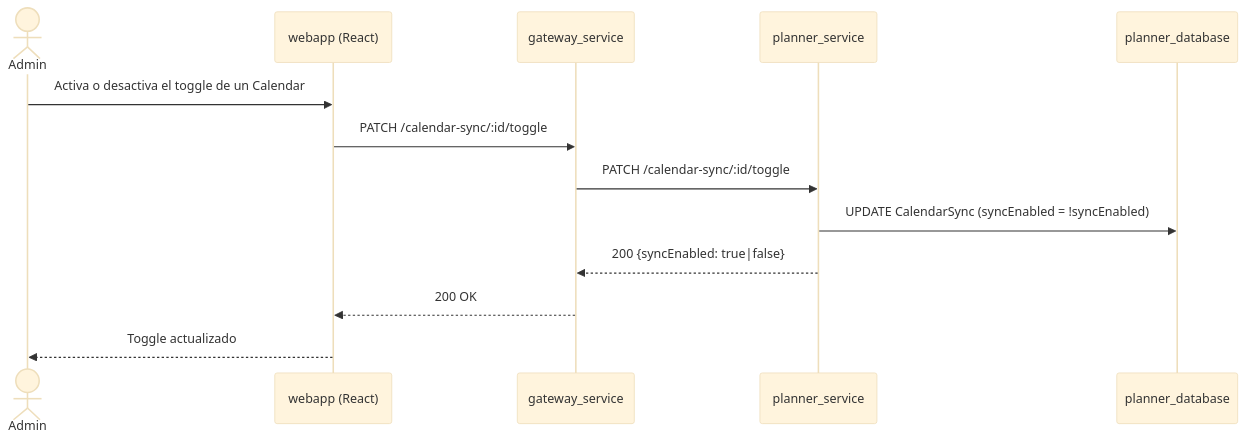
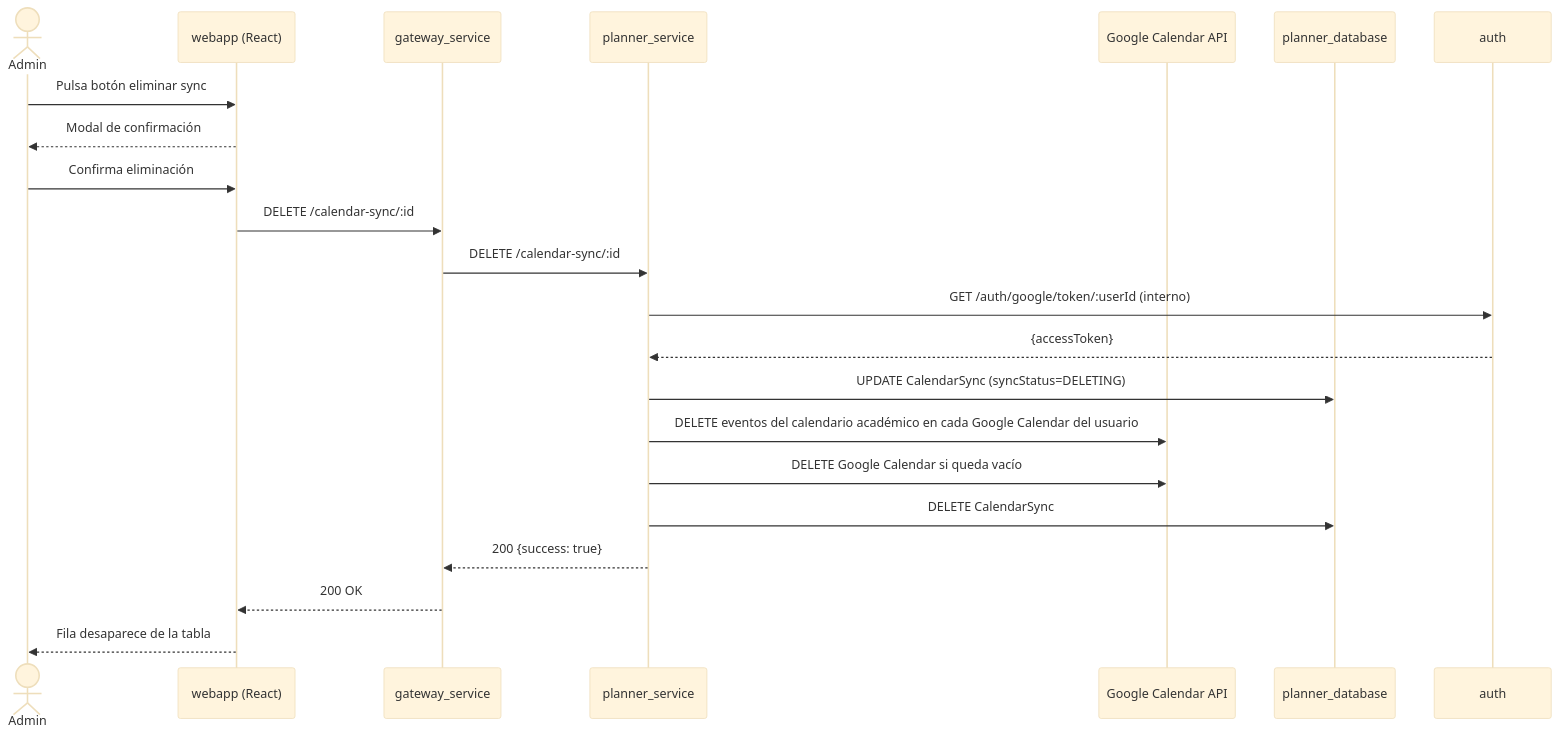
One commit to Murias10/TeachingPlanner changed the ninth of 10 diagrams in docs/capitulo5_diseno.md. Above: the diagram before and after it, drawn with Mermaid (base theme). The commit also changed other lines of this file and 17 other files, not shown here.

First line of the commit message:
feat: enhance Google Calendar sync functionality and UI

````diff
--- a/docs/capitulo5_diseno.md
+++ b/docs/capitulo5_diseno.md
@@ -839,16 +838,24 @@
 ```mermaid
 sequenceDiagram
     actor Admin
     participant webapp as webapp (React)
     participant gateway as gateway_service
     participant planner as planner_service
+    participant google as Google Calendar API
     participant db as planner_database
 
-    Admin->>webapp: Activa o desactiva el toggle de un Calendar
-    webapp->>gateway: PATCH /calendar-sync/:id/toggle
-    gateway->>planner: PATCH /calendar-sync/:id/toggle
-    planner->>db: UPDATE CalendarSync (syncEnabled = !syncEnabled)
-    planner-->>gateway: 200 {syncEnabled: true|false}
+    Admin->>webapp: Pulsa botón eliminar sync
+    webapp-->>Admin: Modal de confirmación
+    Admin->>webapp: Confirma eliminación
+    webapp->>gateway: DELETE /calendar-sync/:id
+    gateway->>planner: DELETE /calendar-sync/:id
+    planner->>auth: GET /auth/google/token/:userId (interno)
+    auth-->>planner: {accessToken}
+    planner->>db: UPDATE CalendarSync (syncStatus=DELETING)
+    planner->>google: DELETE eventos del calendario académico en cada Google Calendar del usuario
+    planner->>google: DELETE Google Calendar si queda vacío
+    planner->>db: DELETE CalendarSync
+    planner-->>gateway: 200 {success: true}
     gateway-->>webapp: 200 OK
-    webapp-->>Admin: Toggle actualizado
+    webapp-->>Admin: Fila desaparece de la tabla
 ```
````
